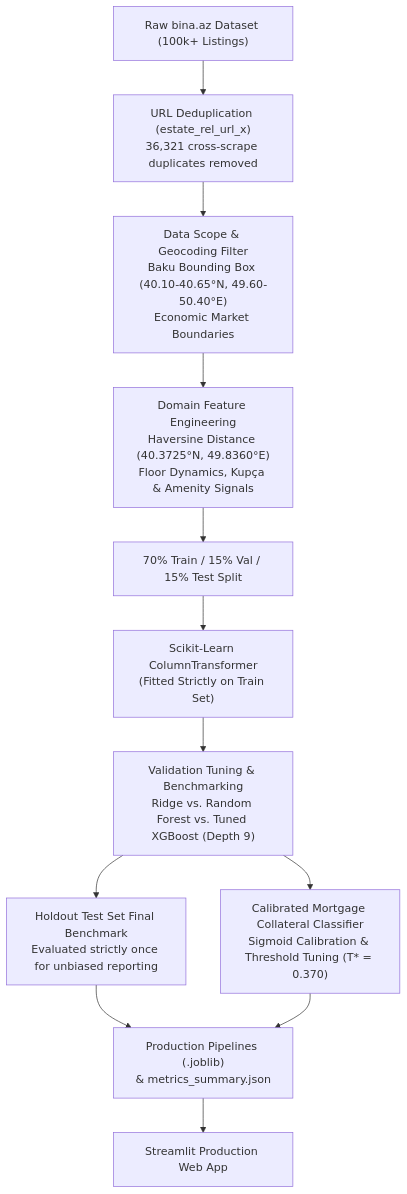
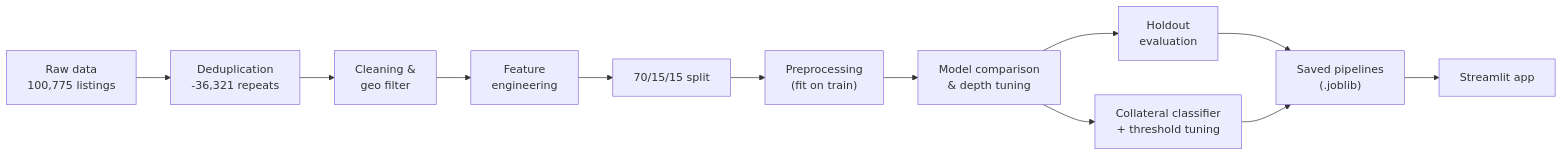
The diagram in README.md (nazrinasgarova/baku-real-estate-valuation), drawn with Mermaid before and after one commit. The commit also changed other lines of this file and 9 other files, not shown here.

````diff
--- a/README.md
+++ b/README.md
@@ -38,14 +41,14 @@
 ```mermaid
-flowchart TD
-    A["Raw bina.az Dataset (100k+ Listings)"] --> B["URL Deduplication (estate_rel_url_x)<br/>36,321 cross-scrape duplicates removed"]
-    B --> C["Data Scope & Geocoding Filter<br/>Baku Bounding Box (40.10-40.65°N, 49.60-50.40°E)<br/>Economic Market Boundaries"]
-    C --> D["Domain Feature Engineering<br/>Haversine Distance (40.3725°N, 49.8360°E)<br/>Floor Dynamics, Kupça & Amenity Signals"]
-    D --> E["70% Train / 15% Val / 15% Test Split"]
-    E --> F["Scikit-Learn ColumnTransformer<br/>(Fitted Strictly on Train Set)"]
-    F --> G["Validation Tuning & Benchmarking<br/>Ridge vs. Random Forest vs. Tuned XGBoost (Depth 9)"]
-    G --> H["Holdout Test Set Final Benchmark<br/>Evaluated strictly once for unbiased reporting"]
-    G --> I["Calibrated Mortgage Collateral Classifier<br/>Sigmoid Calibration & Threshold Tuning (T* = 0.370)"]
-    H --> J["Production Pipelines (.joblib)<br/>& metrics_summary.json"]
+flowchart LR
+    A["Raw data<br/>100,775 listings"] --> B["Deduplication<br/>-36,321 repeats"]
+    B --> C["Cleaning &<br/>geo filter"]
+    C --> D["Feature<br/>engineering"]
+    D --> E["70/15/15 split"]
+    E --> F["Preprocessing<br/>(fit on train)"]
+    F --> G["Model comparison<br/>& depth tuning"]
+    G --> H["Holdout<br/>evaluation"]
+    G --> I["Collateral classifier<br/>+ threshold tuning"]
+    H --> J["Saved pipelines<br/>(.joblib)"]
     I --> J
-    J --> K["Streamlit Production Web App"]
+    J --> K["Streamlit app"]
 ```
````
